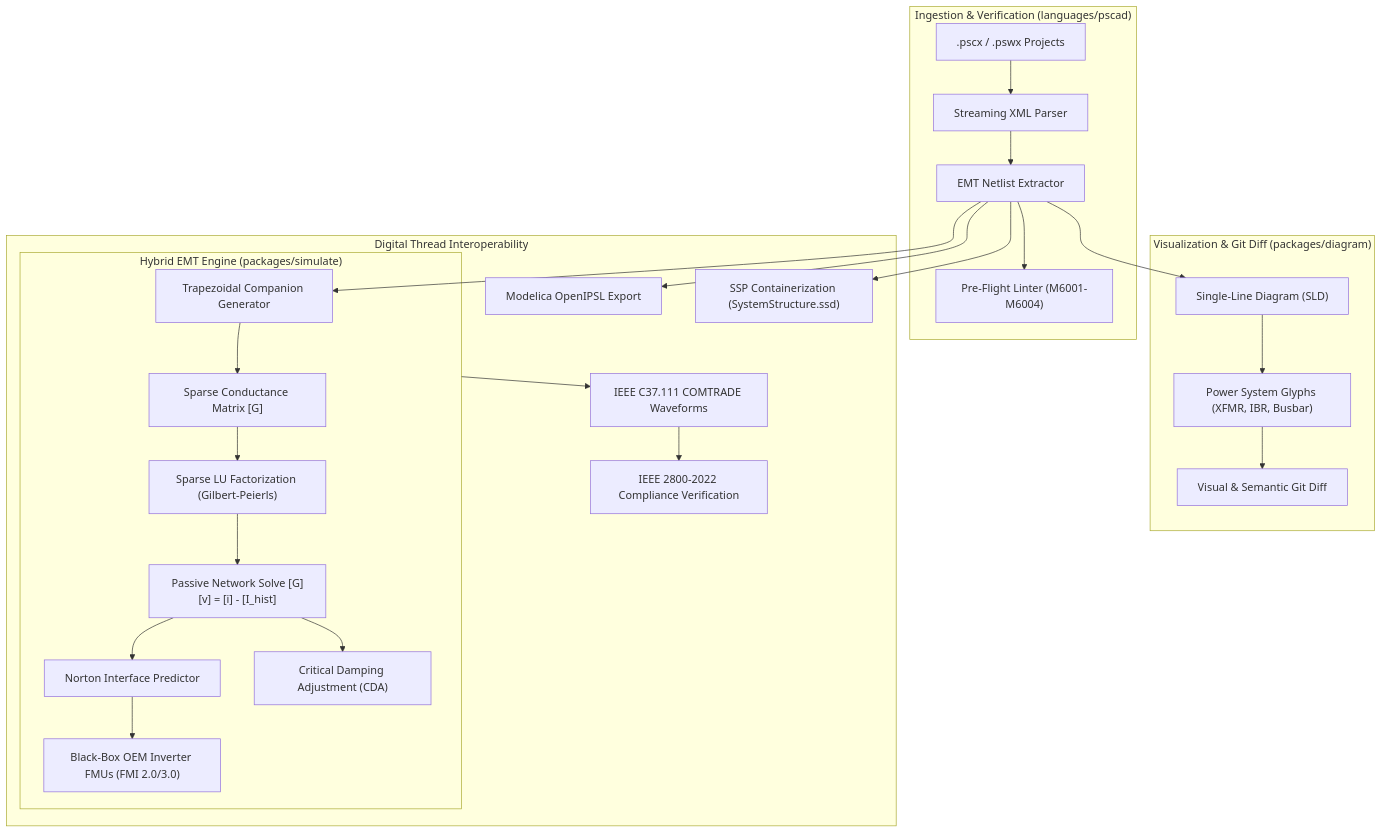
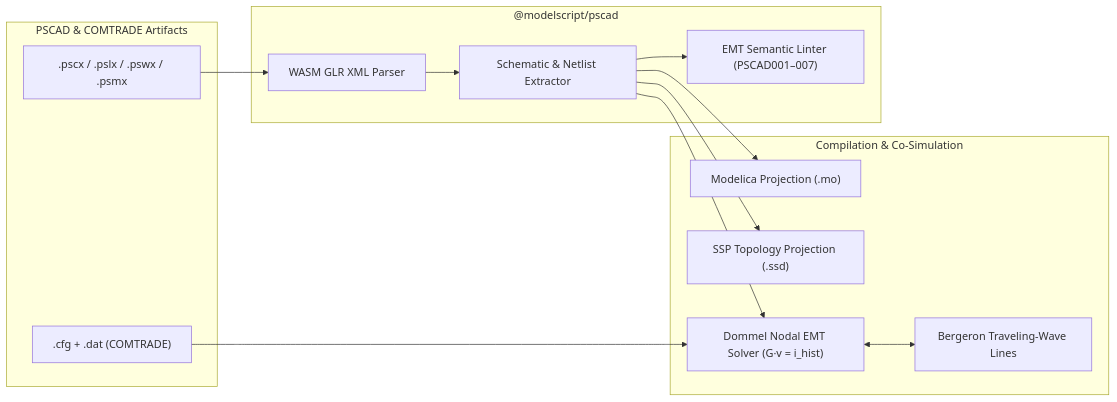
One commit to modelscript/modelscript changed the diagram in apps/docs/docs/languages/pscad.md. Above: the diagram before and after it, drawn with Mermaid. The commit also changed other lines of this file and 208 other files, not shown here.

Commit message:
feat: add wasm cad/fea kernels, expand diagram routers/emt solvers, add docs

````diff
--- a/apps/docs/docs/languages/pscad.md
+++ b/apps/docs/docs/languages/pscad.md
@@ -17,31 +22,27 @@
 ```mermaid
-flowchart TD
-    subgraph Ingestion ["Ingestion & Verification (languages/pscad)"]
-        PSCX[".pscx / .pswx Projects"] --> XMLParser["Streaming XML Parser"]
-        XMLParser --> Netlist["EMT Netlist Extractor"]
-        Netlist --> Linter["Pre-Flight Linter (M6001-M6004)"]
+flowchart LR
+    subgraph Input["PSCAD & COMTRADE Artifacts"]
+        PSCX[".pscx / .pslx / .pswx / .psmx"]
+        COM[".cfg + .dat (COMTRADE)"]
     end
 
-    subgraph Visualization ["Visualization & Git Diff (packages/diagram)"]
-        Netlist --> SLD["Single-Line Diagram (SLD)"]
-        SLD --> Glyphs["Power System Glyphs (XFMR, IBR, Busbar)"]
-        Glyphs --> Diff["Visual & Semantic Git Diff"]
+    subgraph Parser["@modelscript/pscad"]
+        GLR["WASM GLR XML Parser"]
+        EXT["Schematic & Netlist Extractor"]
+        LINT["EMT Semantic Linter (PSCAD001–007)"]
     end
 
-    subgraph Simulation ["Hybrid EMT Engine (packages/simulate)"]
-        Netlist --> Companion["Trapezoidal Companion Generator"]
-        Companion --> GMatrix["Sparse Conductance Matrix [G]"]
-        GMatrix --> SparseLU["Sparse LU Factorization (Gilbert-Peierls)"]
-        SparseLU --> WhiteBox["Passive Network Solve [G][v] = [i] - [I_hist]"]
-        WhiteBox --> Norton["Norton Interface Predictor"]
-        Norton --> BlackBox["Black-Box OEM Inverter FMUs (FMI 2.0/3.0)"]
-        WhiteBox --> CDA["Critical Damping Adjustment (CDA)"]
+    subgraph Runtime["Compilation & Co-Simulation"]
+        PROJ_MO["Modelica Projection (.mo)"]
+        PROJ_SSD["SSP Topology Projection (.ssd)"]
+        DOMMEL["Dommel Nodal EMT Solver (G·v = i_hist)"]
+        BERGERON["Bergeron Traveling-Wave Lines"]
     end
 
-    subgraph DigitalThread ["Digital Thread Interoperability"]
-        Netlist --> ModelicaExport["Modelica OpenIPSL Export"]
-        Netlist --> SSPExport["SSP Containerization (SystemStructure.ssd)"]
-        Simulation --> COMTRADE["IEEE C37.111 COMTRADE Waveforms"]
-        COMTRADE --> IEEE2800["IEEE 2800-2022 Compliance Verification"]
-    end
+    PSCX --> GLR --> EXT --> LINT
+    EXT --> PROJ_MO
+    EXT --> PROJ_SSD
+    EXT --> DOMMEL
+    DOMMEL <--> BERGERON
+    COM --> DOMMEL
 ```
````
